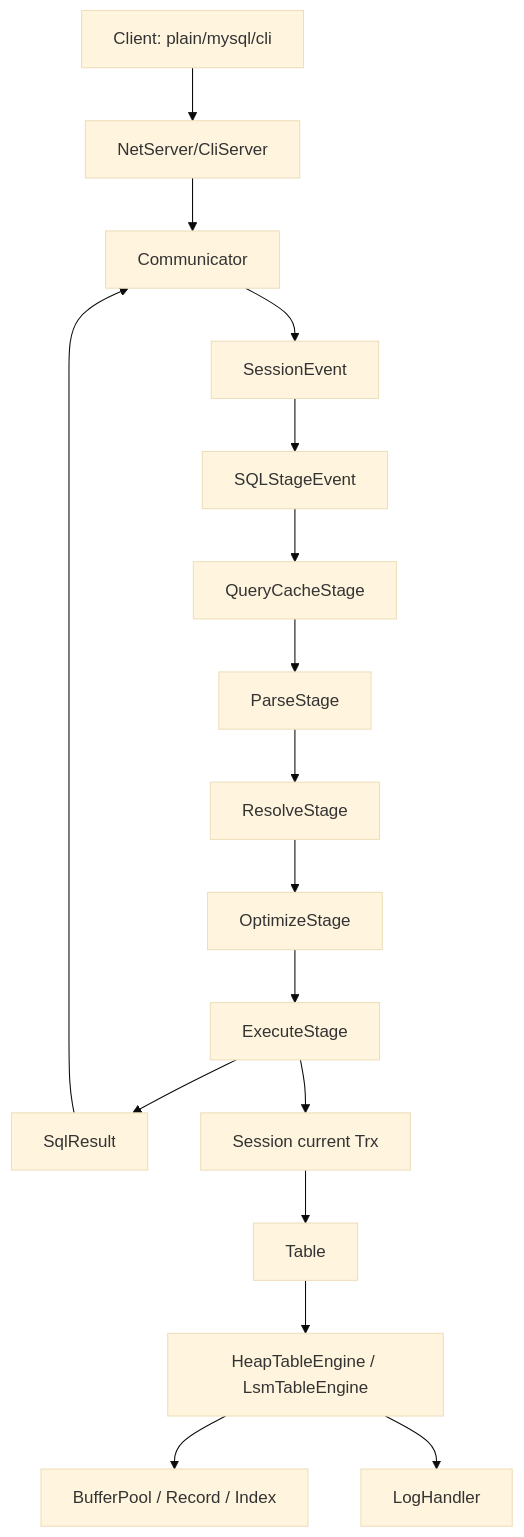
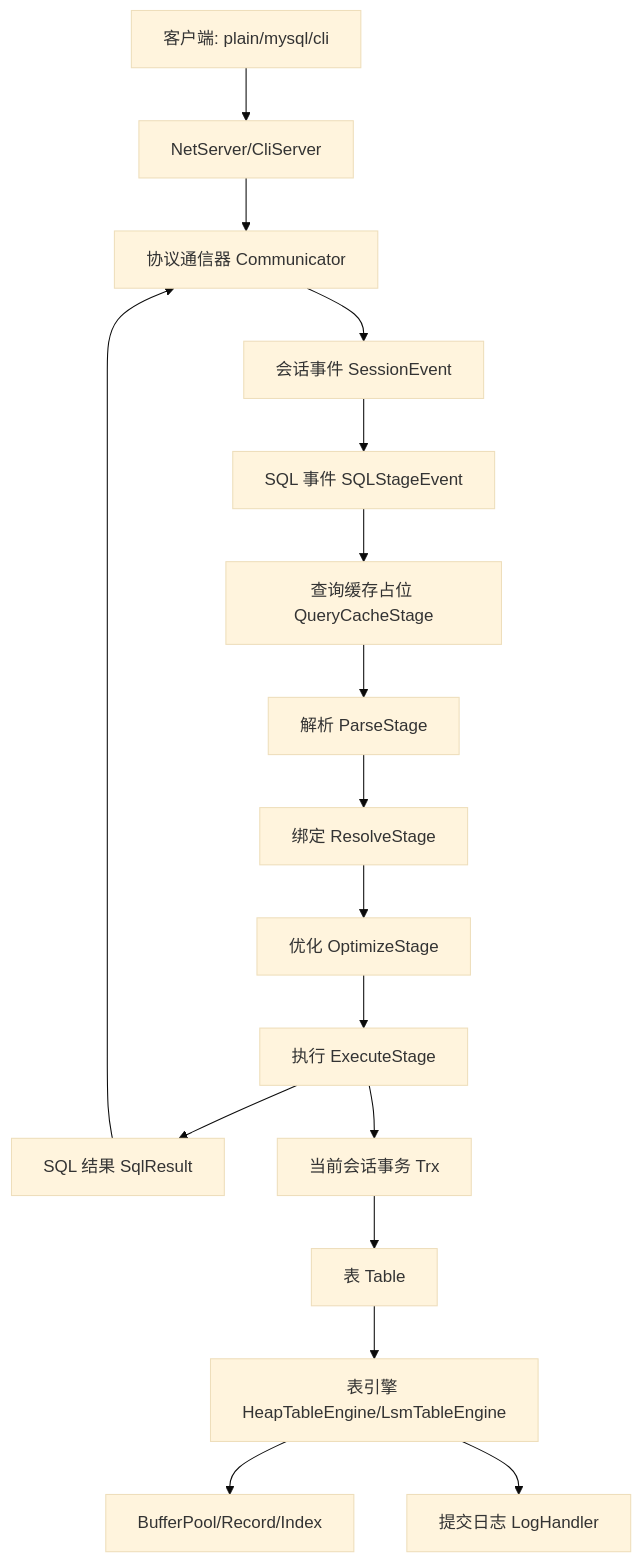
One commit to HyosungSink/MiniOB changed the first of 4 diagrams in Architecture.md. Above: the diagram before and after it, drawn with Mermaid (base theme). The commit also changed other lines of this file, not shown here.

Commit message:
Translate architecture document

````diff
--- a/Architecture.md
+++ b/Architecture.md
@@ -9,20 +9,20 @@
 ```mermaid
 flowchart TD
-  Client[Client: plain/mysql/cli] --> Server[NetServer/CliServer]
-  Server --> Communicator[Communicator]
-  Communicator --> SessionEvent[SessionEvent]
-  SessionEvent --> SQLStageEvent[SQLStageEvent]
-  SQLStageEvent --> QueryCache[QueryCacheStage]
-  QueryCache --> Parse[ParseStage]
-  Parse --> Resolve[ResolveStage]
-  Resolve --> Optimize[OptimizeStage]
-  Optimize --> Execute[ExecuteStage]
-  Execute --> Result[SqlResult]
+  Client[客户端: plain/mysql/cli] --> Server[NetServer/CliServer]
+  Server --> Communicator[协议通信器 Communicator]
+  Communicator --> SessionEvent[会话事件 SessionEvent]
+  SessionEvent --> SQLStageEvent[SQL 事件 SQLStageEvent]
+  SQLStageEvent --> QueryCache[查询缓存占位 QueryCacheStage]
+  QueryCache --> Parse[解析 ParseStage]
+  Parse --> Resolve[绑定 ResolveStage]
+  Resolve --> Optimize[优化 OptimizeStage]
+  Optimize --> Execute[执行 ExecuteStage]
+  Execute --> Result[SQL 结果 SqlResult]
   Result --> Communicator
 
-  Execute --> Trx[Session current Trx]
-  Trx --> Table[Table]
-  Table --> Engine[HeapTableEngine / LsmTableEngine]
-  Engine --> Buffer[BufferPool / Record / Index]
-  Engine --> Clog[LogHandler]
+  Execute --> Trx[当前会话事务 Trx]
+  Trx --> Table[表 Table]
+  Table --> Engine[表引擎 HeapTableEngine/LsmTableEngine]
+  Engine --> Storage[BufferPool/Record/Index]
+  Engine --> Clog[提交日志 LogHandler]
 ```
````
